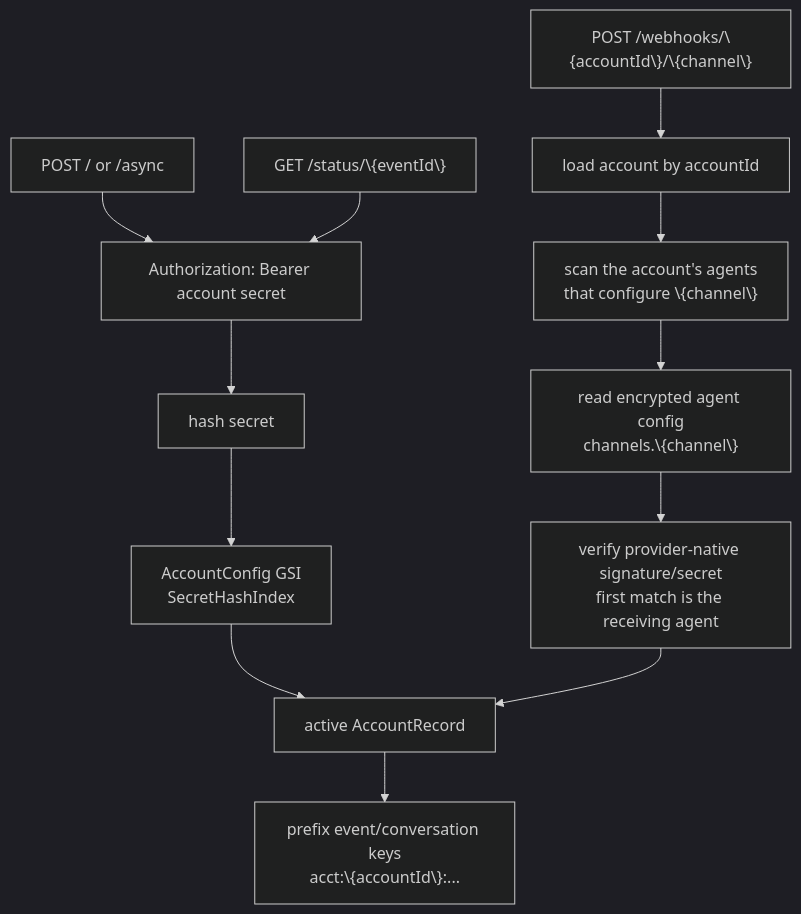
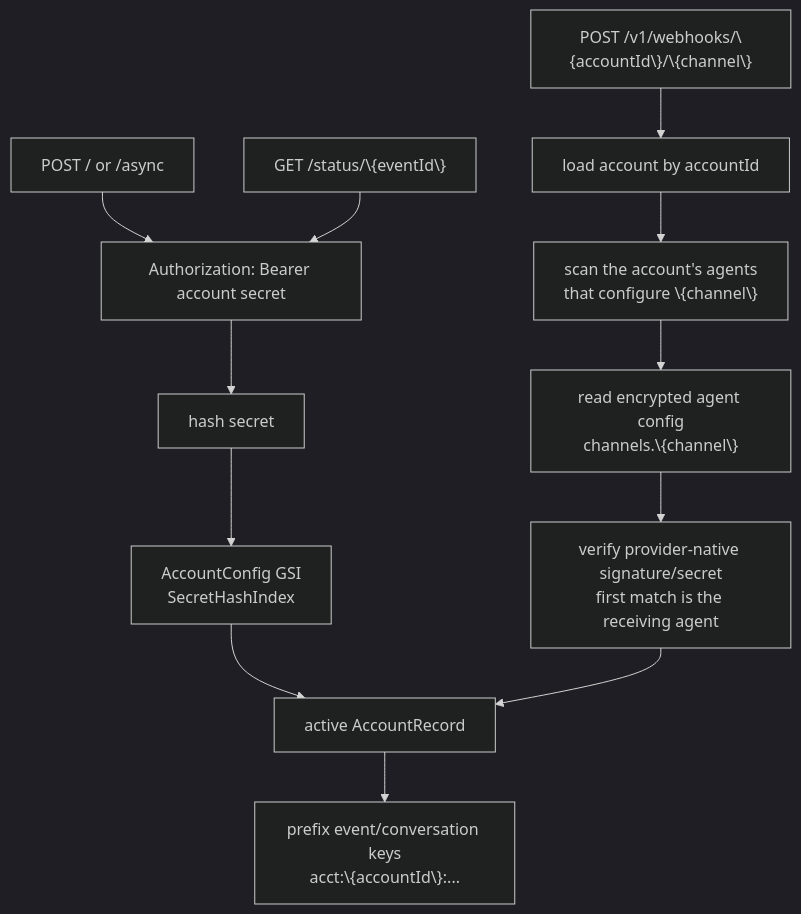
Before and after one commit to beeblastco/broods: the fourth of 12 diagrams in apps/docs/docs/architecture.md, drawn with Mermaid (dark theme). The commit also changed other lines of this file and 65 other files, not shown here.

````diff
--- a/apps/docs/docs/architecture.md
+++ b/apps/docs/docs/architecture.md
@@ -103,16 +103,16 @@
 ```mermaid
 flowchart TD
   Direct["POST / or /async"] --> Bearer["Authorization: Bearer account secret"]
   Status["GET /status/\{eventId\}"] --> Bearer
   Bearer --> Hash["hash secret"]
   Hash --> Lookup["AccountConfig GSI<br/>SecretHashIndex"]
   Lookup --> Account["active AccountRecord"]
 
-  Webhook["POST /webhooks/\{accountId\}/\{channel\}"] --> Load["load account by accountId"]
+  Webhook["POST /v1/webhooks/\{accountId\}/\{channel\}"] --> Load["load account by accountId"]
   Load --> AgentLookup["scan the account's agents<br/>that configure \{channel\}"]
   AgentLookup --> ChannelConfig["read encrypted agent config<br/>channels.\{channel\}"]
   ChannelConfig --> Verify["verify provider-native signature/secret<br/>first match is the receiving agent"]
   Verify --> Account
 
   Account --> Namespace["prefix event/conversation keys<br/>acct:\{accountId\}:..."]
 ```
````
